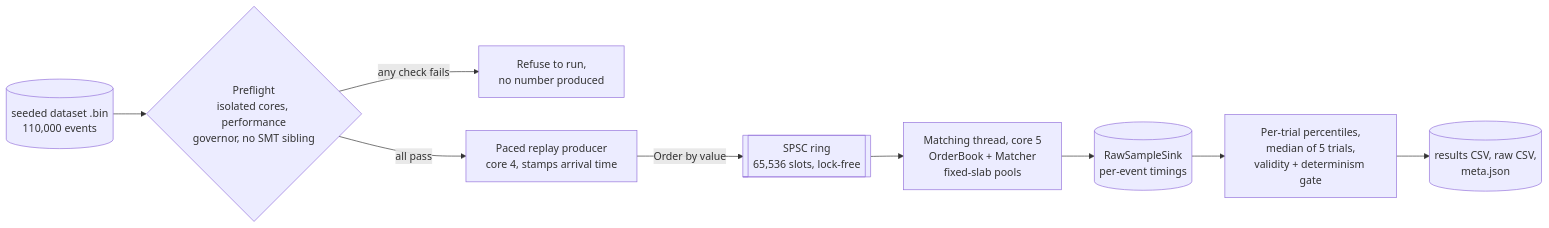
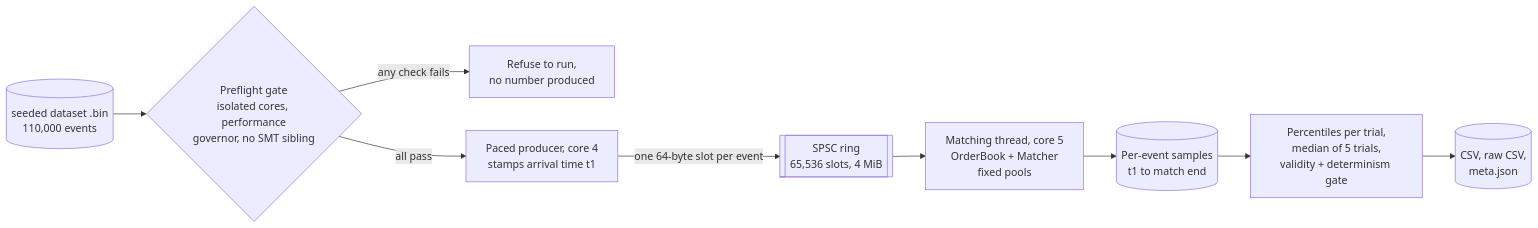
The diagram in README.md (Shri2909/Blitz-Limit-Order-Book), drawn with Mermaid before and after one commit. The commit also changed other lines of this file and 5 other files, not shown here.

````diff
--- a/README.md
+++ b/README.md
@@ -28,11 +31,11 @@
 ```mermaid
 flowchart LR
-    DS[("seeded dataset .bin<br/>110,000 events")] --> PRE{"Preflight<br/>isolated cores, performance<br/>governor, no SMT sibling"}
+    DS[("seeded dataset .bin<br/>110,000 events")] --> PRE{"Preflight gate<br/>isolated cores, performance<br/>governor, no SMT sibling"}
     PRE -->|"any check fails"| STOP["Refuse to run,<br/>no number produced"]
-    PRE -->|"all pass"| PROD["Paced replay producer<br/>core 4, stamps arrival time"]
-    PROD -->|"Order by value"| Q[["SPSC ring<br/>65,536 slots, lock-free"]]
-    Q --> M["Matching thread, core 5<br/>OrderBook + Matcher<br/>fixed-slab pools"]
-    M --> S[("RawSampleSink<br/>per-event timings")]
-    S --> R["Per-trial percentiles,<br/>median of 5 trials,<br/>validity + determinism gate"]
-    R --> OUT[("results CSV, raw CSV,<br/>meta.json")]
+    PRE -->|"all pass"| PROD["Paced producer, core 4<br/>stamps arrival time t1"]
+    PROD -->|"one 64-byte slot per event"| Q[["SPSC ring<br/>65,536 slots, 4 MiB"]]
+    Q --> M["Matching thread, core 5<br/>OrderBook + Matcher<br/>fixed pools"]
+    M --> S[("Per-event samples<br/>t1 to match end")]
+    S --> R["Percentiles per trial,<br/>median of 5 trials,<br/>validity + determinism gate"]
+    R --> OUT[("CSV, raw CSV,<br/>meta.json")]
 ```
````
